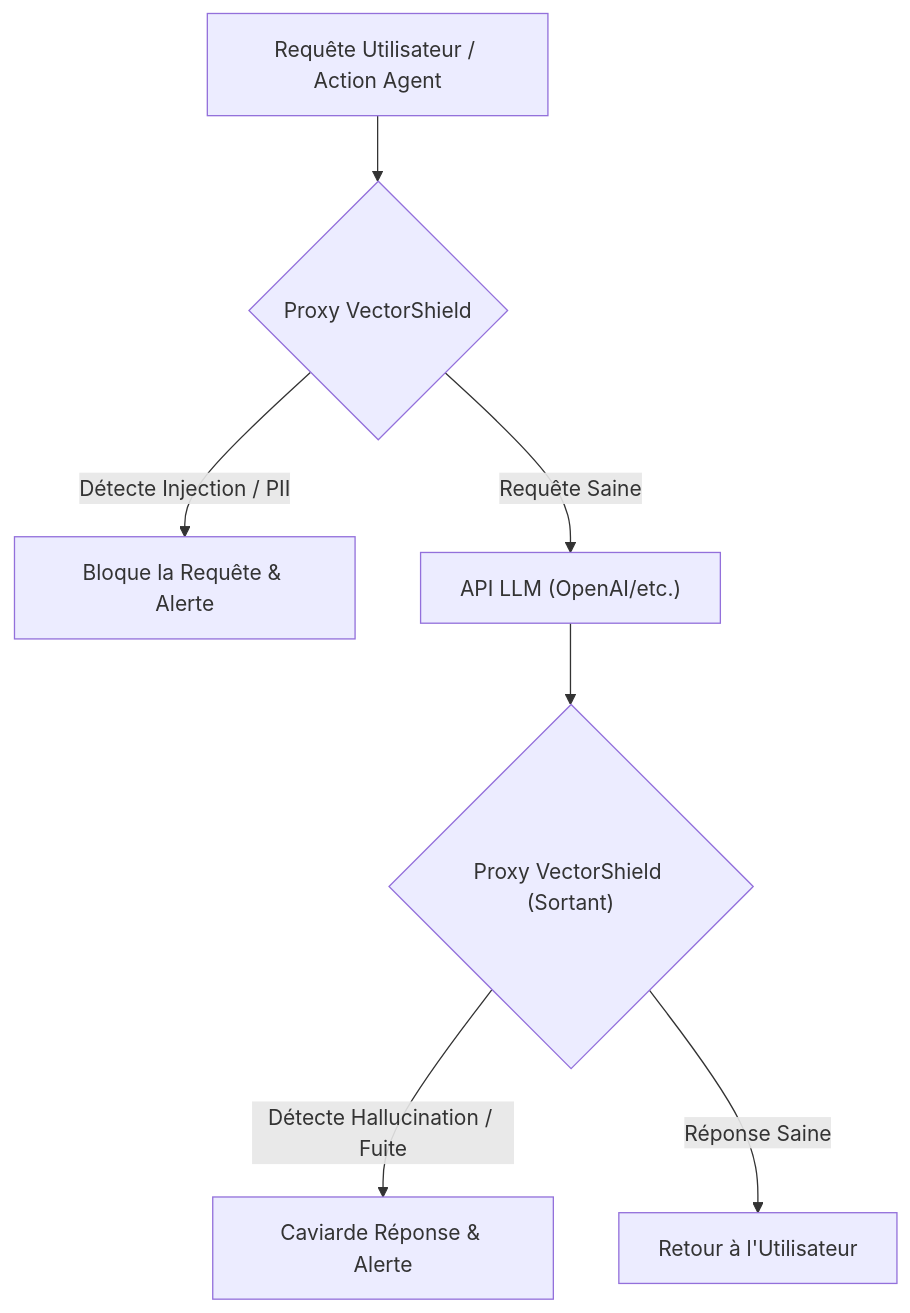
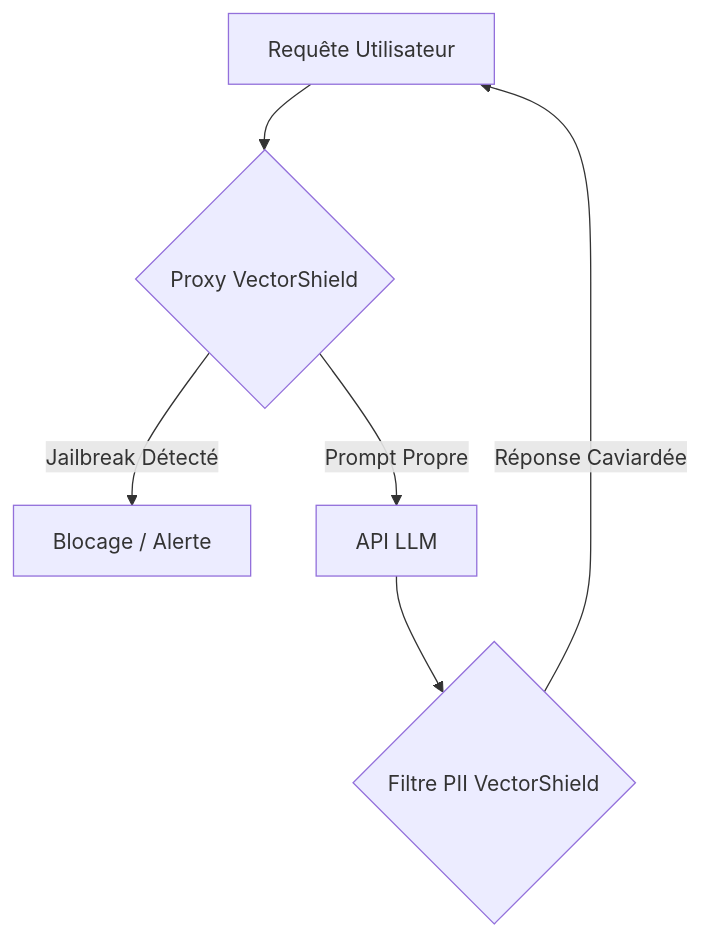
One commit to flouzzy/top-100-ai-startup-ideas changed the first of 2 diagrams in ideas/vector-shield/README.fr.md. Above: the diagram before and after it, drawn with Mermaid. The commit also changed other lines of this file and 41 other files, not shown here.

````diff
--- a/ideas/vector-shield/README.fr.md
+++ b/ideas/vector-shield/README.fr.md
@@ -17,9 +17,9 @@
 ```mermaid
 graph TD
-    A["Requête Utilisateur / Action Agent"] --> B{"Proxy VectorShield"}
-    B -->|Détecte Injection / PII| C["Bloque la Requête & Alerte"]
-    B -->|Requête Saine| D["API LLM (OpenAI/etc.)"]
-    D --> E{"Proxy VectorShield (Sortant)"}
-    E -->|Détecte Hallucination / Fuite| F["Caviarde Réponse & Alerte"]
-    E -->|Réponse Saine| G["Retour à l'Utilisateur"]
+    %% Architecture
+    A["Requête Utilisateur"] --> B{"Proxy VectorShield"}
+    B -->|Jailbreak Détecté| C["Blocage / Alerte"]
+    B -->|Prompt Propre| D["API LLM"]
+    D --> E{"Filtre PII VectorShield"}
+    E -->|Réponse Caviardée| A
 ```
````
